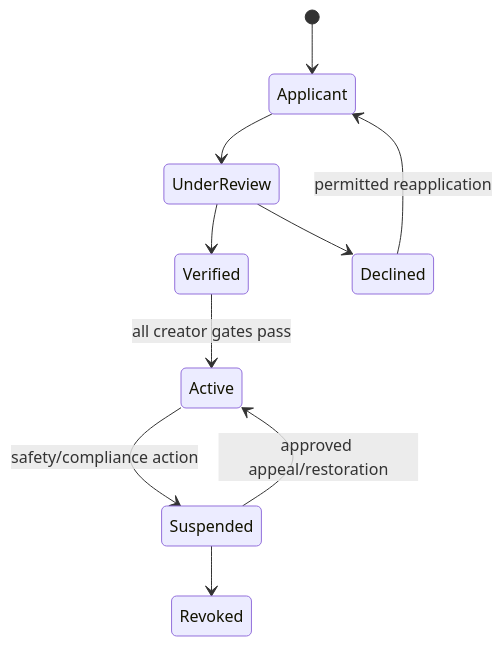
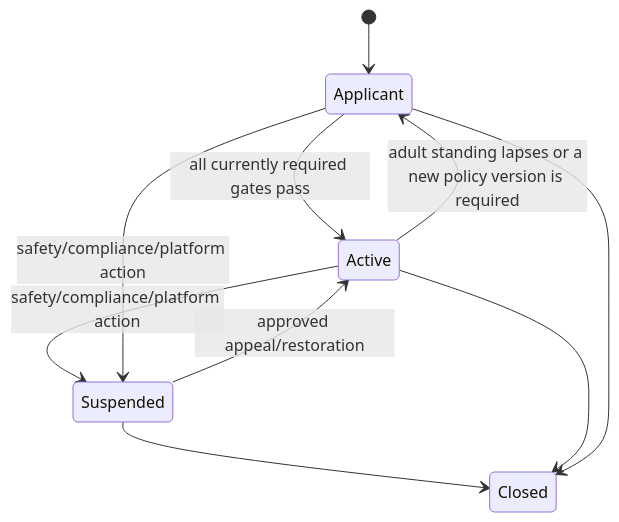
One commit to choudhary-lokeshh/VELORA changed the diagram in docs/flows/creator-lifecycle-content.md. Above: the diagram before and after it, drawn with Mermaid. The commit also changed other lines of this file and 47 other files, not shown here.

````diff
--- a/docs/flows/creator-lifecycle-content.md
+++ b/docs/flows/creator-lifecycle-content.md
@@ -9,12 +9,12 @@
 ```mermaid
 stateDiagram-v2
   [*] --> Applicant
-  Applicant --> UnderReview
-  UnderReview --> Verified
-  UnderReview --> Declined
-  Verified --> Active: all creator gates pass
-  Active --> Suspended: safety/compliance action
+  Applicant --> Active: all currently required gates pass
+  Active --> Applicant: adult standing lapses or a new policy version is required
+  Active --> Suspended: safety/compliance/platform action
+  Applicant --> Suspended: safety/compliance/platform action
   Suspended --> Active: approved appeal/restoration
-  Suspended --> Revoked
-  Declined --> Applicant: permitted reapplication
+  Suspended --> Closed
+  Active --> Closed
+  Applicant --> Closed
 ```
````
